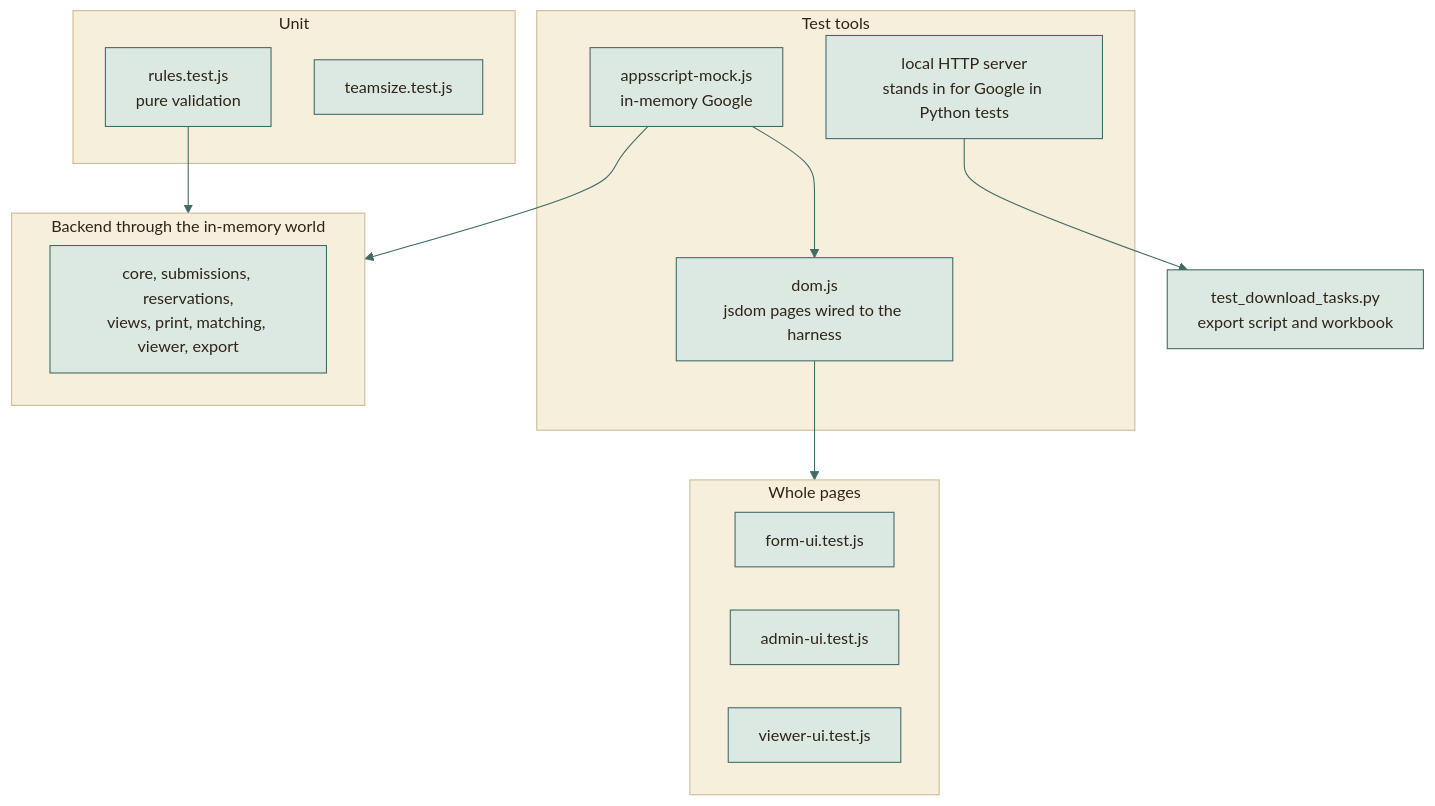
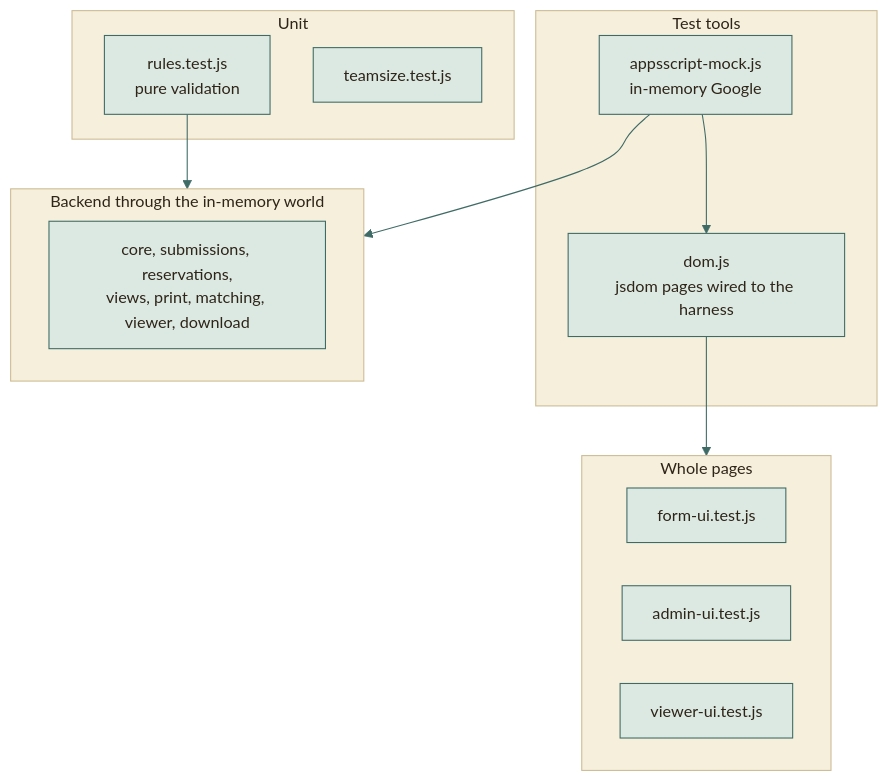
Before and after one commit to moyeh04/forms-platform: the first of 2 diagrams in docs/reference/TESTING.md, drawn with Mermaid. The commit also changed other lines of this file and 7 other files, not shown here.

First line of the commit message:
docs: Describe the dashboard download as the only Excel export

````diff
--- a/docs/reference/TESTING.md
+++ b/docs/reference/TESTING.md
@@ -14,55 +13,52 @@
 ```mermaid
 %%{init: {
   'theme': 'base',
   'themeVariables': {
     'fontFamily': 'ui-sans-serif, system-ui, -apple-system, Segoe UI, Roboto, sans-serif',
     'fontSize': '15px',
     'primaryColor': '#DCE9E2', 'primaryBorderColor': '#3F6B66', 'primaryTextColor': '#2F2418',
     'secondaryColor': '#F0E4C8', 'secondaryBorderColor': '#C9A24A', 'secondaryTextColor': '#2F2418',
     'tertiaryColor': '#F6EFDC', 'tertiaryBorderColor': '#CDBB94', 'tertiaryTextColor': '#2F2418',
     'lineColor': '#3F6B66', 'textColor': '#2F2418', 'mainBkg': '#DCE9E2', 'nodeBorder': '#3F6B66',
     'clusterBkg': '#F6EFDC', 'clusterBorder': '#CDBB94', 'titleColor': '#2F2418',
     'edgeLabelBackground': '#F8F1DD',
     'actorBkg': '#DCE9E2', 'actorBorder': '#3F6B66', 'actorTextColor': '#2F2418', 'actorLineColor': '#8FB3AB',
     'signalColor': '#477A73', 'signalTextColor': '#477A73',
     'labelBoxBkgColor': '#F0E4C8', 'labelBoxBorderColor': '#C9A24A', 'labelTextColor': '#2F2418', 'loopTextColor': '#6A5A44',
     'noteBkgColor': '#FBEFC9', 'noteBorderColor': '#C9A24A', 'noteTextColor': '#2F2418',
     'activationBkgColor': '#DCE9E2', 'activationBorderColor': '#3F6B66', 'sequenceNumberColor': '#F8F1DD',
     'transitionColor': '#3F6B66', 'stateLabelColor': '#2F2418', 'stateBkg': '#DCE9E2', 'altBackground': '#F6EFDC',
     'attributeBackgroundColorOdd': '#F8F1DD', 'attributeBackgroundColorEven': '#F0E4C8'
   },
   'flowchart': {'curve': 'basis', 'padding': 14, 'nodeSpacing': 40, 'rankSpacing': 46},
   'sequence': {'mirrorActors': false, 'messageMargin': 34, 'boxMargin': 8}
 }}%%
 flowchart TD
     subgraph tools["Test tools"]
         harness["appsscript-mock.js<br/>in-memory Google"]
         dom["dom.js<br/>jsdom pages wired to the harness"]
-        srv["local HTTP server<br/>stands in for Google in Python tests"]
     end
     subgraph units["Unit"]
         rules["rules.test.js<br/>pure validation"]
         team["teamsize.test.js"]
     end
     subgraph backend["Backend through the in-memory world"]
-        core["core, submissions, reservations,<br/>views, print, matching, viewer, export"]
+        core["core, submissions, reservations,<br/>views, print, matching, viewer, download"]
     end
     subgraph pages["Whole pages"]
         fui["form-ui.test.js"]
         aui["admin-ui.test.js"]
         vui["viewer-ui.test.js"]
     end
-    py["test_download_tasks.py<br/>export script and workbook"]
 
     harness --> backend
     harness --> dom
     dom --> pages
     rules --> backend
-    srv --> py
     classDef cDb fill:#F3E2B3,stroke:#B8892D,stroke-width:1.5px,color:#2F2418
     classDef cActor fill:#F4D9D3,stroke:#9A3328,stroke-width:1.5px,color:#2F2418
     classDef cDec fill:#FBEFC9,stroke:#C9A24A,stroke-width:1.5px,color:#2F2418
     classDef cEnd fill:#2F2418,stroke:#2F2418,color:#F8F1DD
     classDef cErr fill:#F6D5CF,stroke:#A12B1F,stroke-width:1.5px,color:#5A140C
     classDef cOk fill:#BFD9CF,stroke:#2E5A55,stroke-width:1.5px,color:#17302D
 ```
````
